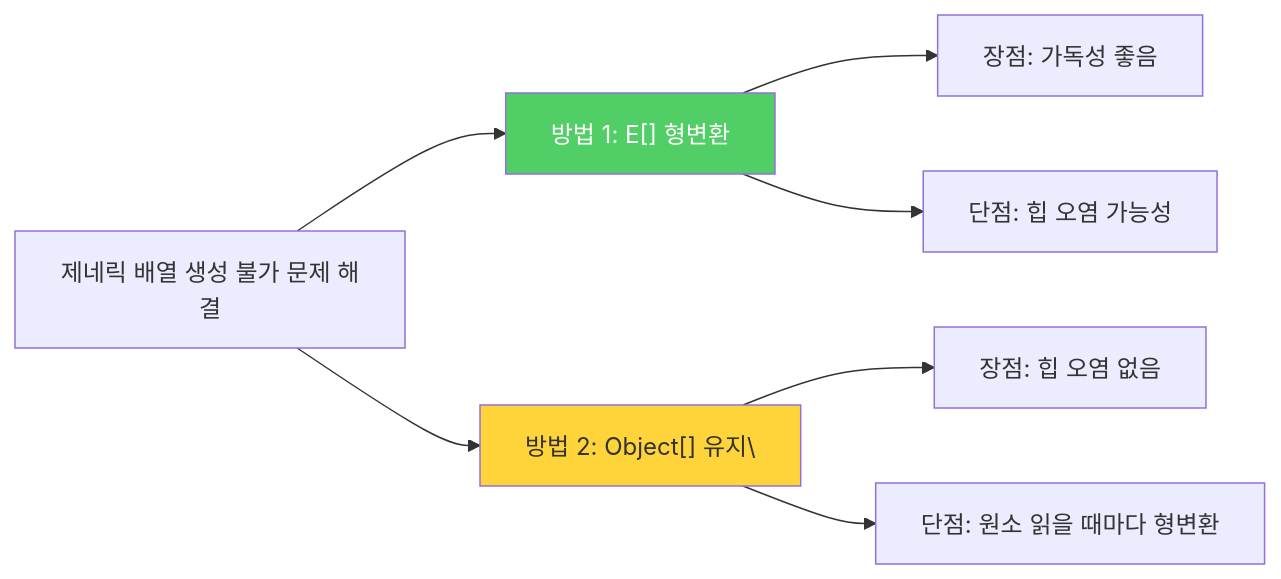
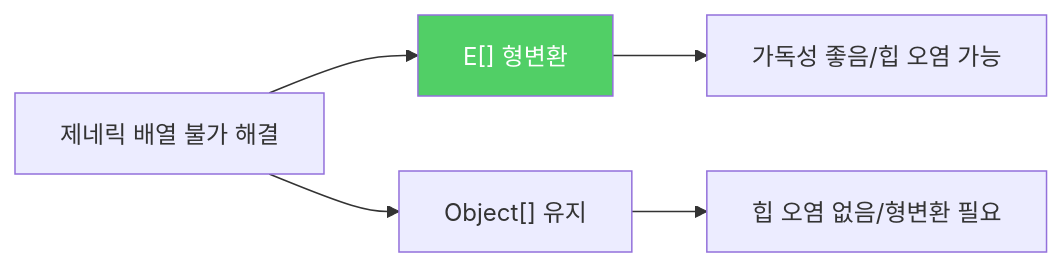
The first of 2 diagrams in _posts/java/2022-01-07-effective-java29.md (yjkim2015/yjkim2015.github.io), drawn with Mermaid before and after one commit. The commit also changed 163 other files, not shown here.

First line of the commit message:
Mermaid 300개 블록 내용 축소: 5노드 5엣지 이하, 의미 있는 약어

````diff
--- a/_posts/java/2022-01-07-effective-java29.md
+++ b/_posts/java/2022-01-07-effective-java29.md
@@ -151,11 +151,8 @@
 ```mermaid
 graph LR
-    A["제네릭 배열 생성 불가 문제 해결"] --> B["방법 1: E[] 형변환"]
-    A --> C["방법 2: Object[] 유지\"]
-    B --> B1["장점: 가독성 좋음"]
-    B --> B2["단점: 힙 오염 가능성"]
-    C --> C1["장점: 힙 오염 없음"]
-    C --> C2["단점: 원소 읽을 때마다 형변환"]
+    A["제네릭 배열 불가 해결"] --> B["E[] 형변환"]
+    A --> C["Object[] 유지"]
+    B --> B1["가독성 좋음/힙 오염 가능"]
+    C --> C1["힙 오염 없음/형변환 필요"]
     style B fill:#51cf66,color:#fff
-    style C fill:#ffd43b
 ```
````
